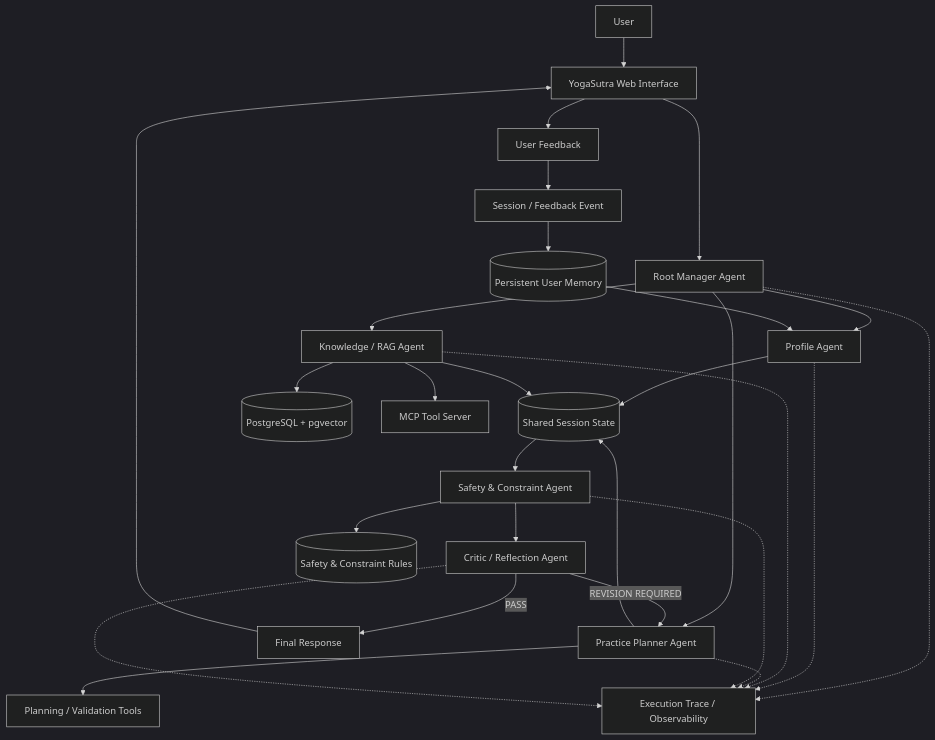
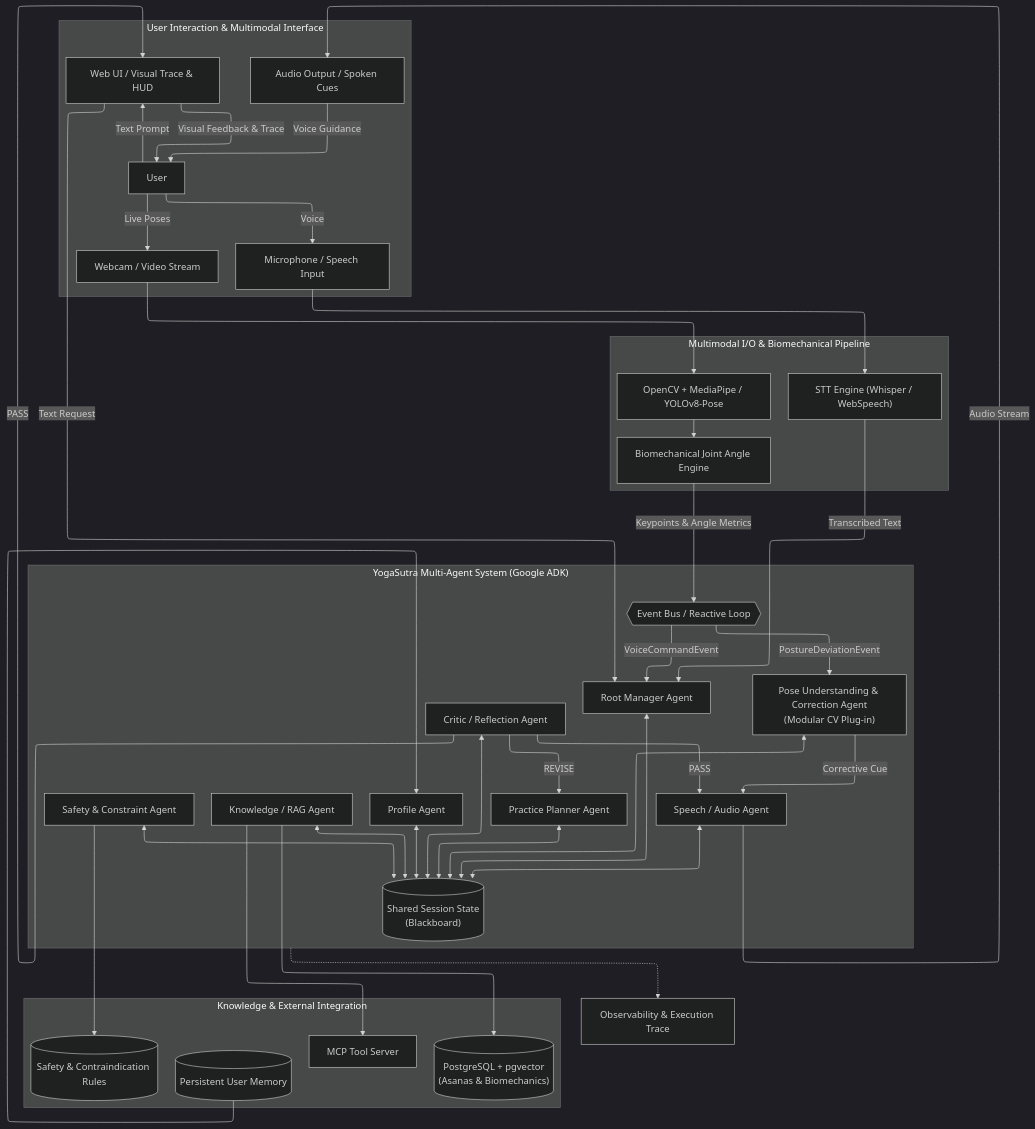
One commit to ojhaprathmesh/YogaSutra_Repo changed the first of 31 diagrams in PLAN.md. Above: the diagram before and after it, drawn with Mermaid (dark theme). The commit also changed other lines of this file, not shown here.

Commit message:
docs(plan): update PLAN.md with multimodal roadmap and mark phase-1 definition of done

````diff
--- a/PLAN.md
+++ b/PLAN.md
@@ -248,38 +252,70 @@
 ``` mermaid
+---
+config:
+  layout: elk
+---
 flowchart TB
-    U["User"] --> UI["YogaSutra Web Interface"]
-    UI --> RM["Root Manager Agent"]
+    subgraph UI_Layer["User Interaction & Multimodal Interface"]
+        U["User"]
+        MIC["Microphone / Speech Input"]
+        CAM["Webcam / Video Stream"]
+        SPEAKER["Audio Output / Spoken Cues"]
+        SCREEN["Web UI / Visual Trace & HUD"]
 
-    RM --> PA["Profile Agent"]
-    RM --> KA["Knowledge / RAG Agent"]
-    RM --> PP["Practice Planner Agent"]
+        U -->|Voice| MIC
+        U -->|Text Prompt| SCREEN
+        U -->|Live Poses| CAM
+        SPEAKER -->|Voice Guidance| U
+        SCREEN -->|Visual Feedback & Trace| U
+    end
 
-    PA --> SS[("Shared Session State")]
-    KA --> SS
-    PP --> SS
+    subgraph Audio_Vision_Pipeline["Multimodal I/O & Biomechanical Pipeline"]
+        MIC --> STT["STT Engine (Whisper / WebSpeech)"]
+        CAM --> CV["OpenCV + MediaPipe / YOLOv8-Pose"]
+        CV --> MATH["Biomechanical Joint Angle Engine"]
+    end
 
-    SS --> SV["Safety & Constraint Agent"]
-    SV --> CR["Critic / Reflection Agent"]
+    subgraph Multi_Agent_Core["YogaSutra Multi-Agent System (Google ADK)"]
+        RM["Root Manager Agent"]
+        PA["Profile Agent"]
+        KA["Knowledge / RAG Agent"]
+        PP["Practice Planner Agent"]
+        SV["Safety & Constraint Agent"]
+        CR["Critic / Reflection Agent"]
+        SA["Speech / Audio Agent"]
+        POA["Pose Understanding & Correction Agent\n(Modular CV Plug-in)"]
 
-    CR -->|PASS| FR["Final Response"]
-    CR -->|REVISION REQUIRED| PP
+        SS[("Shared Session State\n(Blackboard)")]
+        BUS{{"Event Bus / Reactive Loop"}}
+    end
 
-    FR --> UI
-    UI --> FB["User Feedback"]
-
-    FB --> EV["Session / Feedback Event"]
-    EV --> MEM[("Persistent User Memory")]
+    subgraph Storage_and_Tools["Knowledge & External Integration"]
+        KB[("PostgreSQL + pgvector\n(Asanas & Biomechanics)")]
+        MCP["MCP Tool Server"]
+        RULES[("Safety & Contraindication Rules")]
+        MEM[("Persistent User Memory")]
+    end
+    STT -->|Transcribed Text| RM
+    SCREEN -->|Text Request| RM
+    MATH -->|Keypoints & Angle Metrics| BUS
+    RM <--> SS
+    PA <--> SS
+    KA <--> SS
+    PP <--> SS
+    SV <--> SS
+    CR <--> SS
+    SA <--> SS
+    POA <--> SS
+    BUS -->|PostureDeviationEvent| POA
+    BUS -->|VoiceCommandEvent| RM
+    POA -->|Corrective Cue| SA
+    SA -->|Audio Stream| SPEAKER
+    KA --> KB
+    KA --> MCP
+    SV --> RULES
     MEM --> PA
-
-    KA --> KB[("PostgreSQL + pgvector")]
-    KA --> MCP["MCP Tool Server"]
-    PP --> TOOLS["Planning / Validation Tools"]
-    SV --> RULES[("Safety & Constraint Rules")]
-
-    RM -.-> TRACE["Execution Trace / Observability"]
-    PA -.-> TRACE
-    KA -.-> TRACE
-    PP -.-> TRACE
-    SV -.-> TRACE
-    CR -.-> TRACE
+    CR -->|PASS| SA
+    CR -->|PASS| SCREEN
+    CR -->|REVISE| PP
+    Multi_Agent_Core -.-> TRACE["Observability & Execution Trace"]
 ```
````
